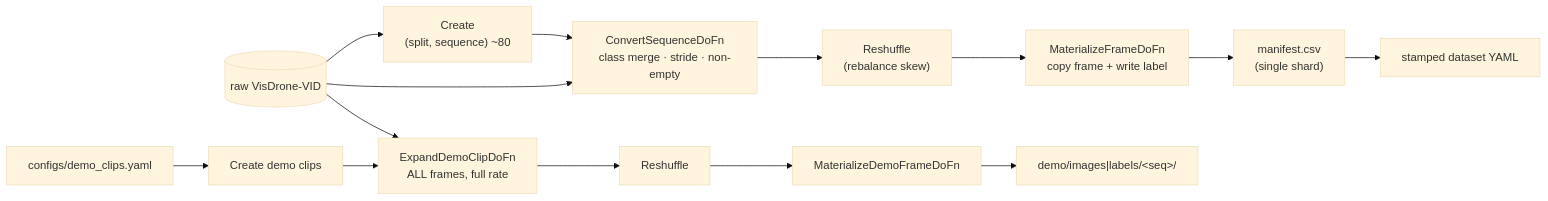
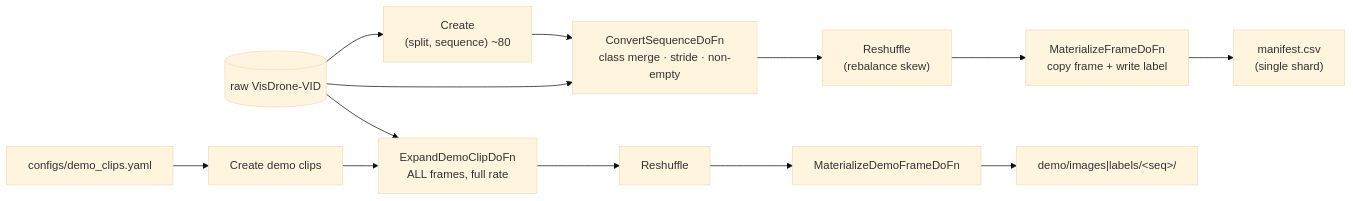
Before and after one commit to vtarasv/mlops-cv: the first of 3 diagrams in docs/batch-pipeline.md, drawn with Mermaid (base theme). The commit also changed other lines of this file and 21 other files, not shown here.

````diff
--- a/docs/batch-pipeline.md
+++ b/docs/batch-pipeline.md
@@ -13,15 +12,14 @@
 ```mermaid
 flowchart LR
   raw[("raw VisDrone-VID")] --> c["Create<br/>(split, sequence) ~80"]
   c --> cv["ConvertSequenceDoFn<br/>class merge · stride · non-empty"]
   raw --> cv
   cv --> rs["Reshuffle<br/>(rebalance skew)"]
   rs --> mat["MaterializeFrameDoFn<br/>copy frame + write label"]
   mat --> man["manifest.csv<br/>(single shard)"]
   cfg["configs/demo_clips.yaml"] --> dc["Create demo clips"]
   dc --> ex["ExpandDemoClipDoFn<br/>ALL frames, full rate"]
   raw --> ex
   ex --> rs2["Reshuffle"] --> md["MaterializeDemoFrameDoFn"]
   md --> demo["demo/images|labels/&lt;seq&gt;/"]
-  man --> y["stamped dataset YAML"]
 ```
````
